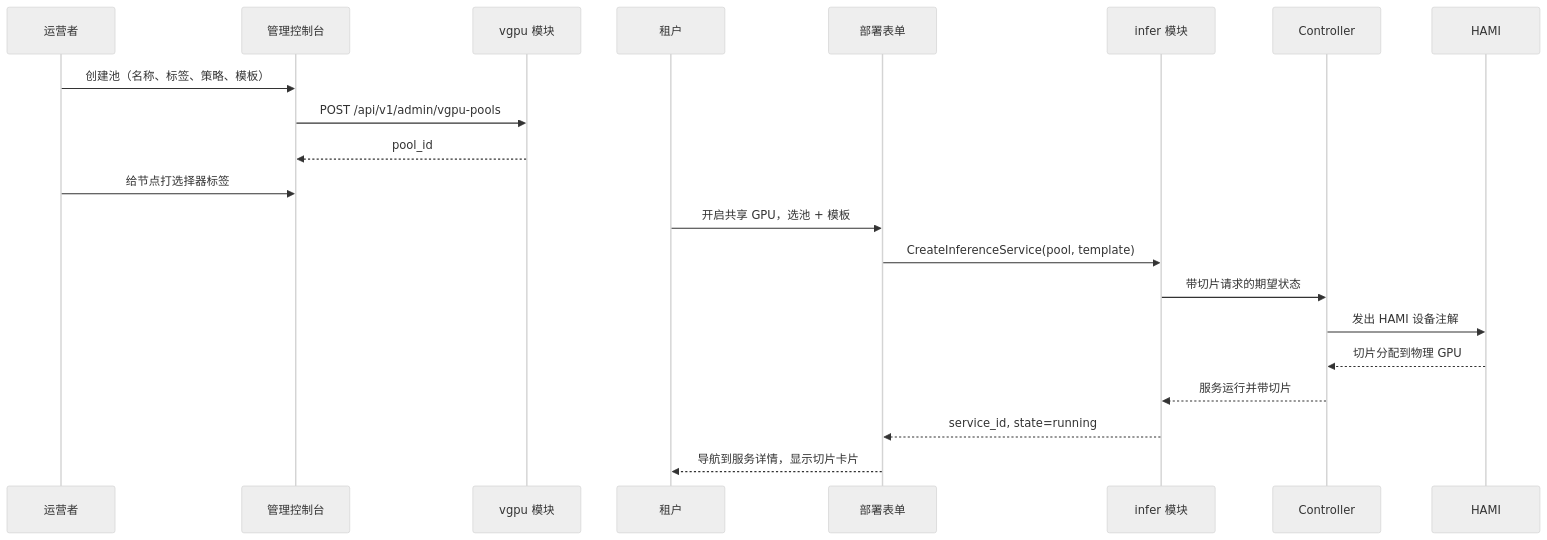
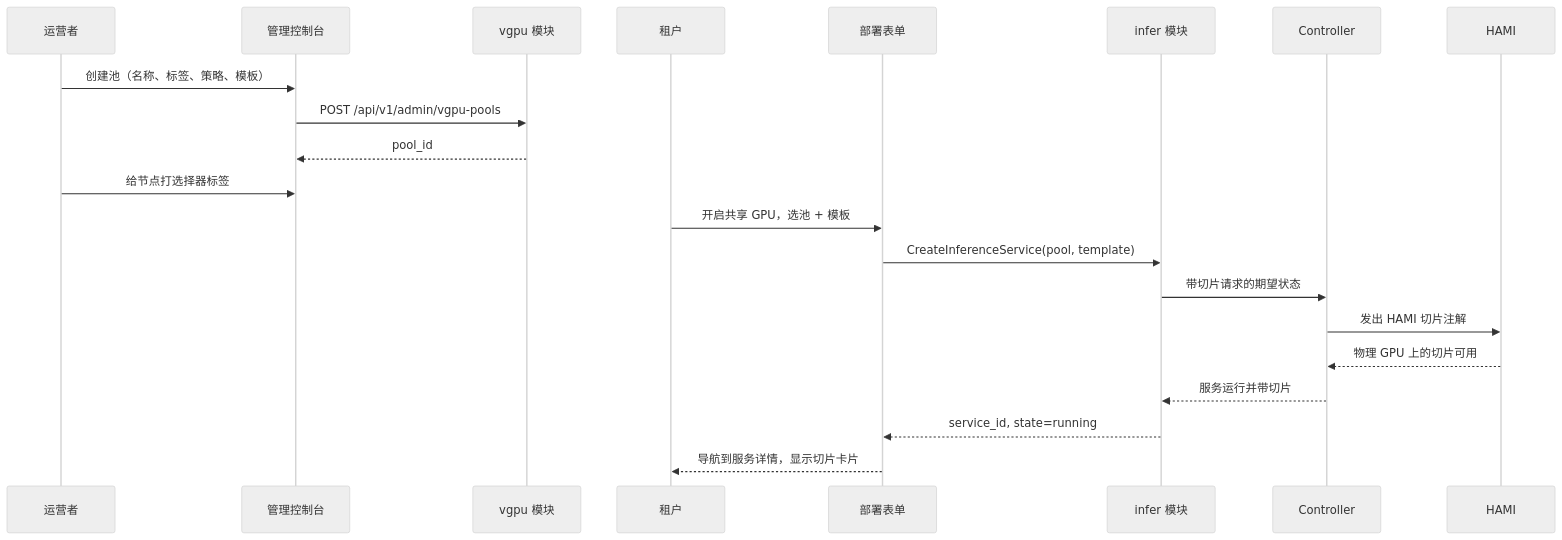
The second of 2 diagrams in site/docs/design/vgpu-slicing-pool.zh-cn.md (go-taas/go-taas), drawn with Mermaid (neutral theme) before and after one commit. The commit also changed other lines of this file and 24 other files, not shown here.

First line of the commit message:
docs(vgpu): scope HAMi to GPU slicing only

````diff
--- a/site/docs/design/vgpu-slicing-pool.zh-cn.md
+++ b/site/docs/design/vgpu-slicing-pool.zh-cn.md
@@ -205,23 +207,23 @@
 ```mermaid
 sequenceDiagram
     participant Op as 运营者
     participant Admin as 管理控制台
     participant VGPU as vgpu 模块
     participant Ten as 租户
     participant Deploy as 部署表单
     participant Inf as infer 模块
     participant Ctl as Controller
     participant HAMI as HAMI
     Op->>Admin: 创建池（名称、标签、策略、模板）
     Admin->>VGPU: POST /api/v1/admin/vgpu-pools
     VGPU-->>Admin: pool_id
     Op->>Admin: 给节点打选择器标签
     Ten->>Deploy: 开启共享 GPU，选池 + 模板
     Deploy->>Inf: CreateInferenceService(pool, template)
     Inf->>Ctl: 带切片请求的期望状态
-    Ctl->>HAMI: 发出 HAMI 设备注解
-    HAMI-->>Ctl: 切片分配到物理 GPU
+    Ctl->>HAMI: 发出 HAMI 切片注解
+    HAMI-->>Ctl: 物理 GPU 上的切片可用
     Ctl-->>Inf: 服务运行并带切片
     Inf-->>Deploy: service_id, state=running
     Deploy-->>Ten: 导航到服务详情，显示切片卡片
 ```
````
